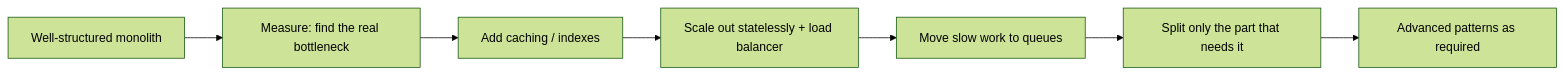
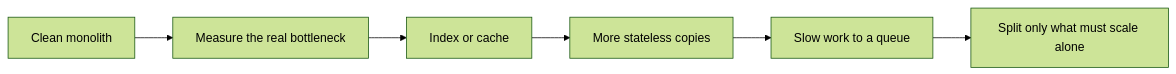
One commit to kevin-voss/learning-project changed the diagram in tracks/spring-boot/references/architecture/scaling-and-architecture.md. Above: the diagram before and after it, drawn with Mermaid (forest theme). The commit also changed other lines of this file and 66 other files, not shown here.

````diff
--- a/tracks/spring-boot/references/architecture/scaling-and-architecture.md
+++ b/tracks/spring-boot/references/architecture/scaling-and-architecture.md
@@ -88,9 +22,8 @@
 ```mermaid
 flowchart LR
-  M[Well-structured monolith] --> Me[Measure: find the real bottleneck]
-  Me --> Ca[Add caching / indexes]
-  Ca --> Ho[Scale out statelessly + load balancer]
-  Ho --> As[Move slow work to queues]
-  As --> Sp[Split only the part that needs it]
-  Sp --> Ad[Advanced patterns as required]
+  M[Clean monolith] --> Me[Measure the real bottleneck]
+  Me --> Ca[Index or cache]
+  Ca --> Ho[More stateless copies]
+  Ho --> As[Slow work to a queue]
+  As --> Sp[Split only what must scale alone]
 ```
````
